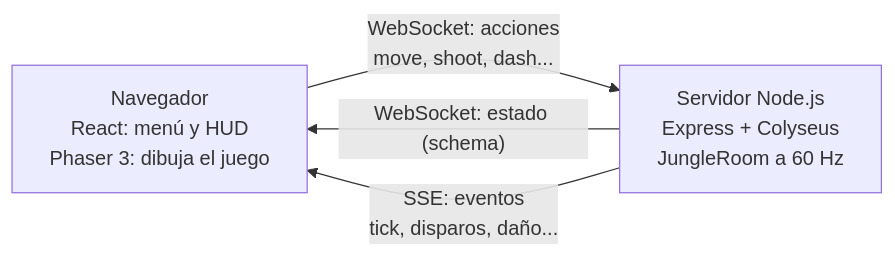
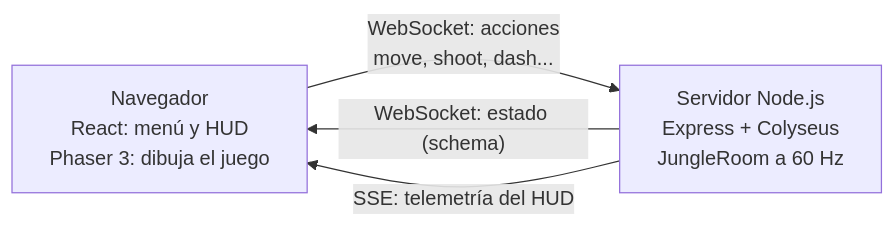
The diagram in README.md (NicoAgnello/BattleCats), drawn with Mermaid before and after one commit. The commit also changed other lines of this file and 6 other files, not shown here.

First line of the commit message:
refactor(red): el juego va solo por WebSocket; SSE queda para la telemetría

````diff
--- a/README.md
+++ b/README.md
@@ -75,8 +75,8 @@
 ```mermaid
 flowchart LR
   C["Navegador<br>React: menú y HUD<br>Phaser 3: dibuja el juego"]
   S["Servidor Node.js<br>Express + Colyseus<br>JungleRoom a 60 Hz"]
   C -- "WebSocket: acciones<br>move, shoot, dash..." --> S
   S -- "WebSocket: estado (schema)" --> C
-  S -- "SSE: eventos<br>tick, disparos, daño..." --> C
+  S -- "SSE: telemetría del HUD" --> C
 ```
````
